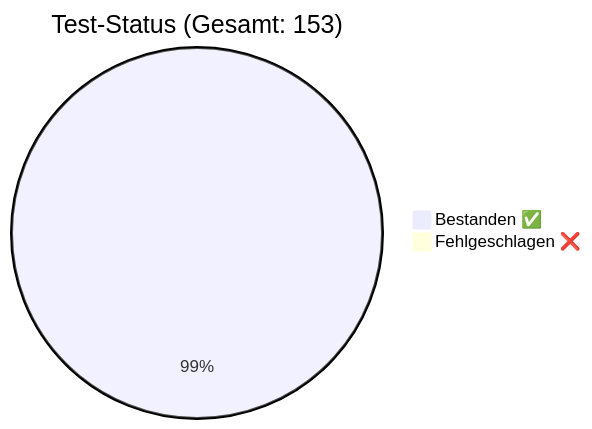
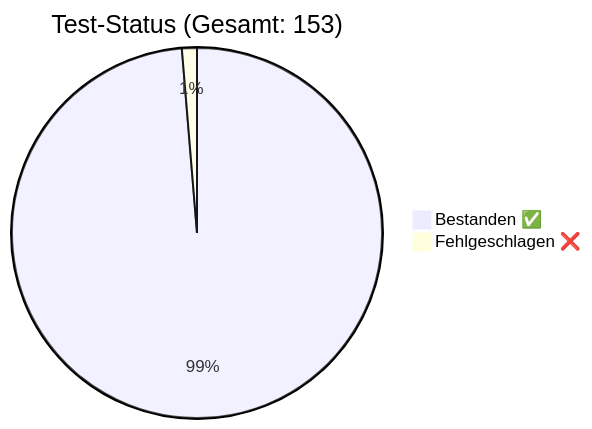
One commit to rorila/GCS changed the diagram in docs/QA_Report.md. Above: the diagram before and after it, drawn with Mermaid. The commit also changed other lines of this file and 1 other file, not shown here.

````diff
--- a/docs/QA_Report.md
+++ b/docs/QA_Report.md
@@ -7,5 +7,5 @@
 ```mermaid
 pie title Test-Status (Gesamt: 153)
-    "Bestanden ✅" : 152
-    "Fehlgeschlagen ❌" : 1
+    "Bestanden ✅" : 151
+    "Fehlgeschlagen ❌" : 2
 ```
````
